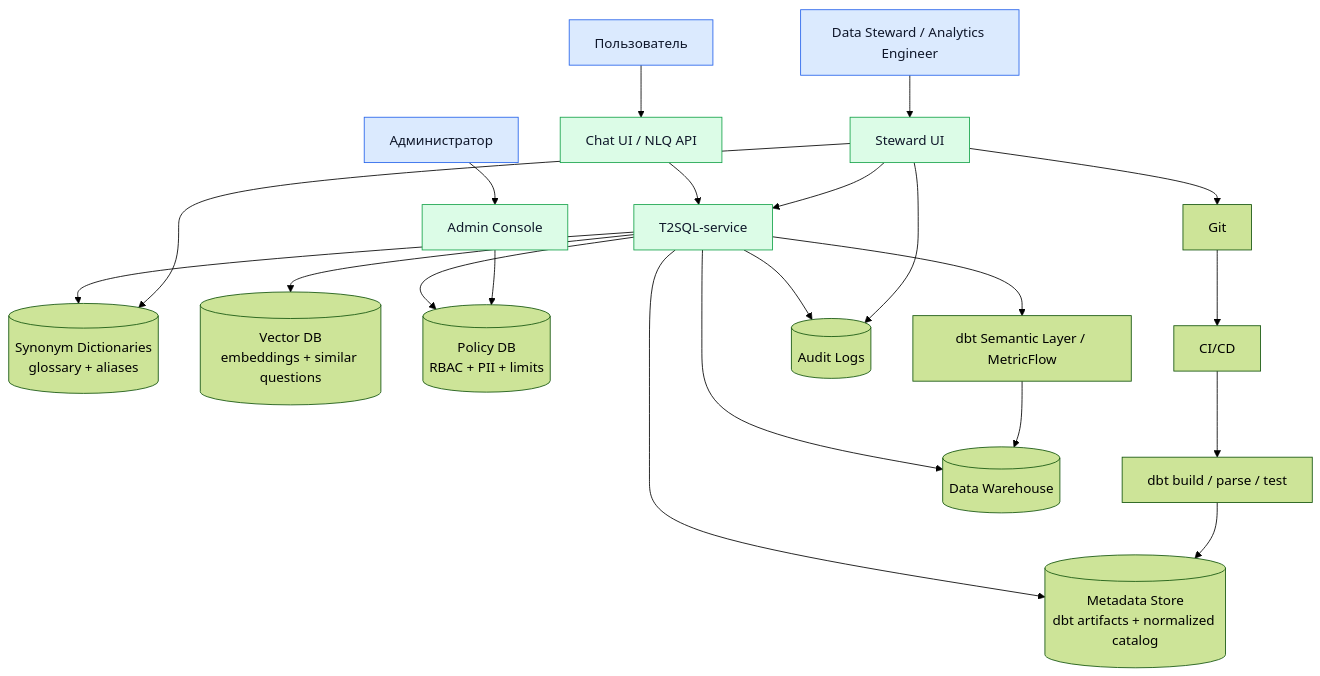
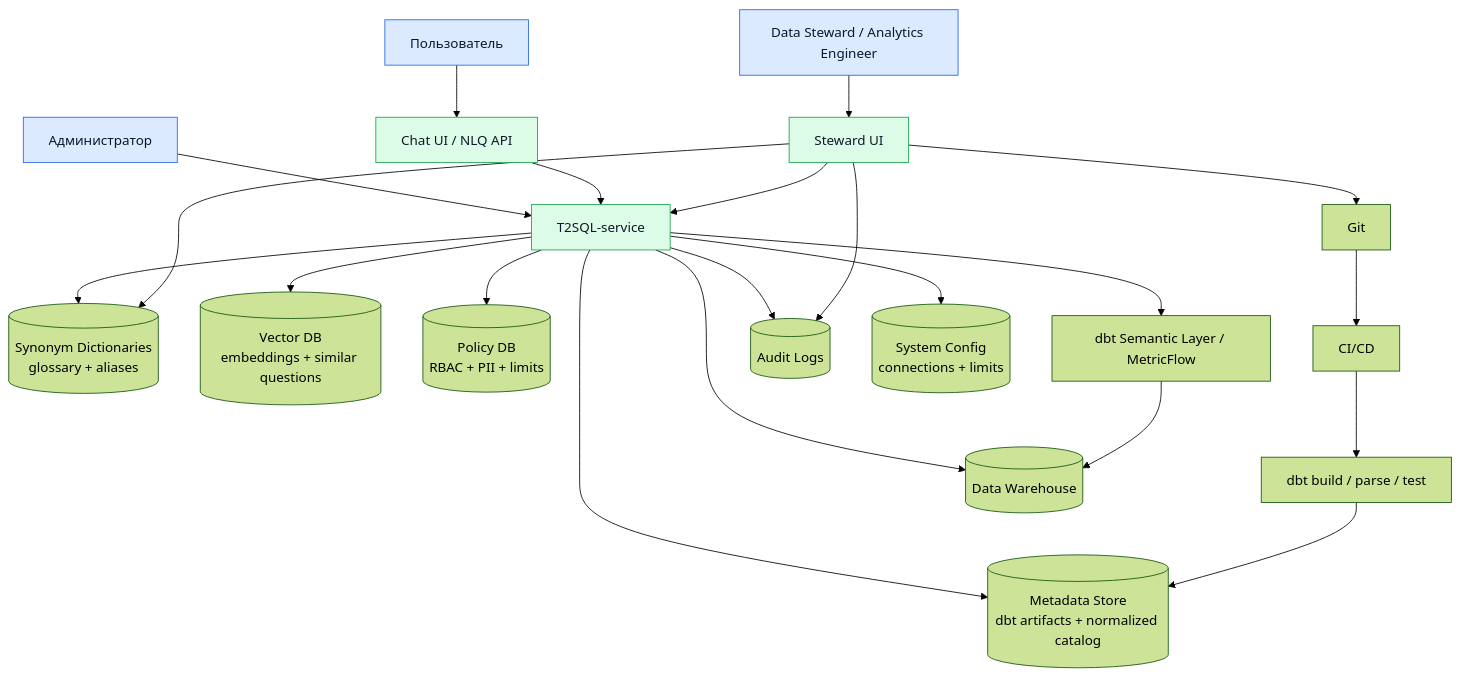
The first of 2 diagrams in spec.md (MikeYu123/texttosql), drawn with Mermaid (forest theme) before and after one commit. The commit also changed other lines of this file and 1 other file, not shown here.

Commit message:
Refactor docs to route admin actions through T2SQL

````diff
--- a/spec.md
+++ b/spec.md
@@ -28,35 +28,35 @@
 ```mermaid
 flowchart TB
     User[Пользователь] --> UI[Chat UI / NLQ API]
-    Admin[Администратор] --> AdminUI[Admin Console]
+    Admin[Администратор] --> T2SQL
     Steward[Data Steward / Analytics Engineer] --> StewardUI[Steward UI]
 
     UI --> T2SQL[T2SQL-service]
 
     T2SQL --> Metadata[(Metadata Store<br/>dbt artifacts + normalized catalog)]
     T2SQL --> Synonyms[(Synonym Dictionaries<br/>glossary + aliases)]
     T2SQL --> VectorDB[(Vector DB<br/>embeddings + similar questions)]
     T2SQL --> PolicyDB[(Policy DB<br/>RBAC + PII + limits)]
 
     Git --> CI[CI/CD]
     CI --> dbt[dbt build / parse / test]
     dbt --> Metadata
 
     T2SQL --> SL[dbt Semantic Layer / MetricFlow]
     T2SQL --> DWH[(Data Warehouse)]
     SL --> DWH
 
     T2SQL --> Audit[(Audit Logs)]
 
-    AdminUI --> PolicyDB
+    T2SQL --> Config[(System Config<br/>connections + limits)]
     StewardUI --> T2SQL
     StewardUI --> Git
     StewardUI --> Synonyms
     StewardUI --> Audit
 
     classDef user fill:#dbeafe,stroke:#2563eb,color:#0f172a
     classDef custom fill:#dcfce7,stroke:#16a34a,color:#0f172a
 
     class User,Admin,Steward user
-    class UI,AdminUI,StewardUI,T2SQL custom
+    class UI,StewardUI,T2SQL custom
 ```
````
